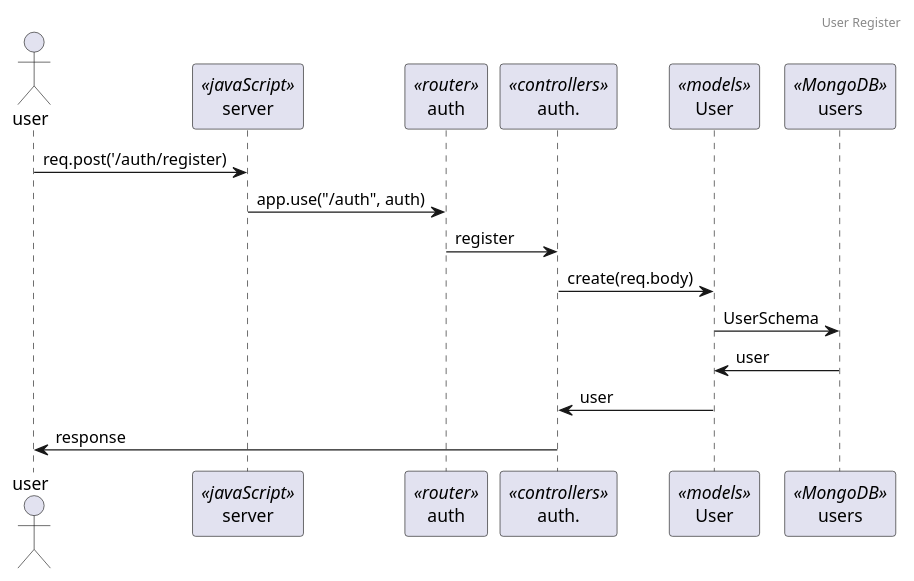
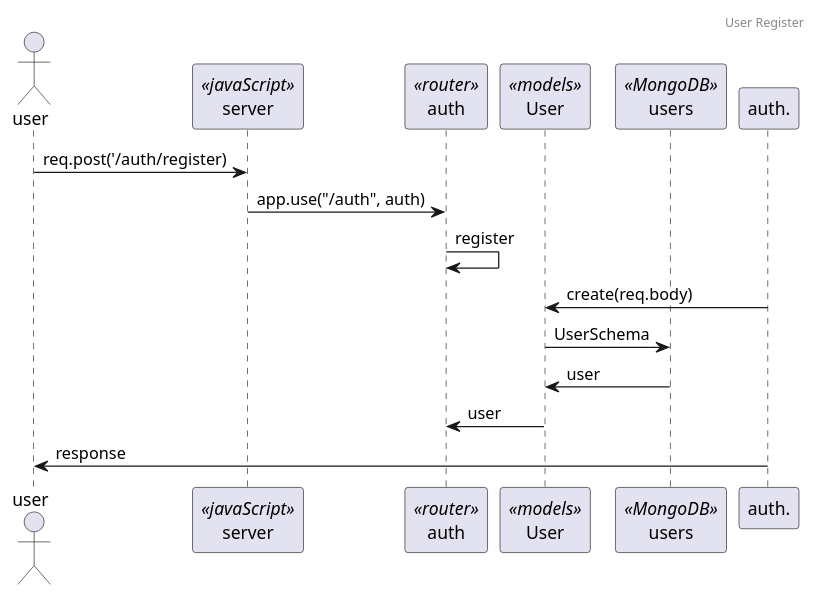
Before and after one commit to NinePoonyawat/SW_Project: the diagram in backend/umls/smart/userRegister.puml, drawn with PlantUML. The commit also changed 27 other files, not shown here.

Commit message:
sequece diagram

```diff
--- a/backend/umls/smart/userRegister.puml
+++ b/backend/umls/smart/userRegister.puml
@@ -1,21 +1,21 @@
-@startuml
+@startuml Register
 
 header User Register
 
 actor user
 participant server <<javaScript>>
 participant auth <<router>>
-participant auth. <<controllers>>
+participant auth <<controllers>>
 participant User <<models>>
 participant users <<MongoDB>>
 
 user -> server : req.post('/auth/register)
 server -> auth : app.use("/auth", auth)
-auth -> auth. : register
+auth -> auth : register
 auth. -> User : create(req.body)
 User -> users : UserSchema
 users -> User : user
-User -> auth. : user
+User -> auth : user
 auth. -> user : response
 
 @enduml
```
